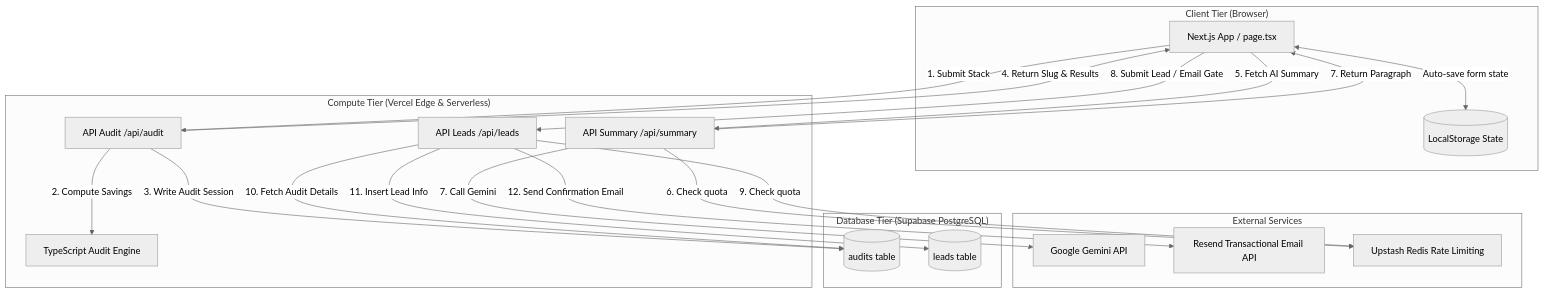
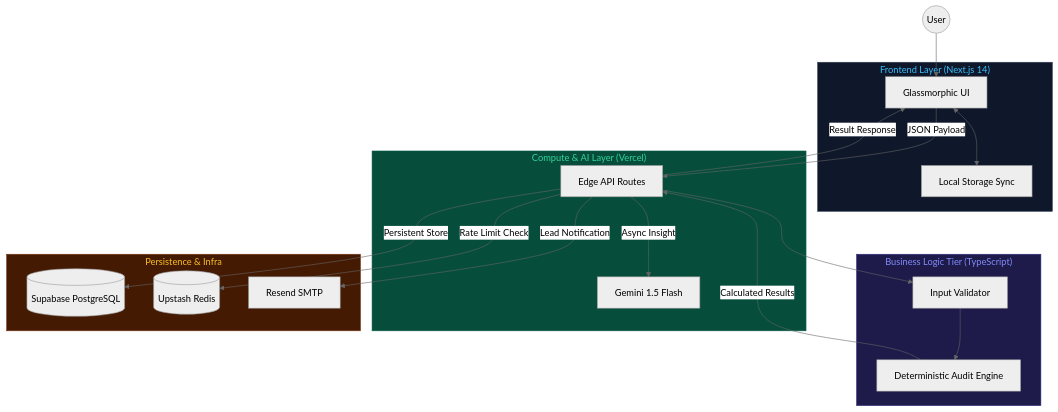
Before and after one commit to Mohi1038/spend-scope: the first of 4 diagrams in ARCHITECTURE.md, drawn with Mermaid (neutral theme). The commit also changed other lines of this file and 1 other file, not shown here.

Commit message:
docs: define technical architecture and prompt engineering specifications

````diff
--- a/ARCHITECTURE.md
+++ b/ARCHITECTURE.md
@@ -9,47 +9,45 @@
 ```mermaid
-graph TD
-    %% Client Tier
-    subgraph Client ["Client Tier (Browser)"]
-        UI[Next.js App / page.tsx]
-        LS[(LocalStorage State)]
+graph TB
+    %% Nodes
+    User((User))
+    
+    subgraph Client ["Frontend Layer (Next.js 14)"]
+        UI[Glassmorphic UI]
+        State[Local Storage Sync]
     end
 
-    %% Edge / Compute Tier
-    subgraph AppRouter ["Compute Tier (Vercel Edge & Serverless)"]
-        API_A[API Audit /api/audit]
-        API_L[API Leads /api/leads]
-        API_S[API Summary /api/summary]
-        Engine[TypeScript Audit Engine]
+    subgraph Logic ["Business Logic Tier (TypeScript)"]
+        Engine[Deterministic Audit Engine]
+        Validator[Input Validator]
     end
 
-    %% Third Party Integrations
-    subgraph External ["External Services"]
-        Gemini[Google Gemini API]
-        Resend[Resend Transactional Email API]
-        Upstash[Upstash Redis Rate Limiting]
+    subgraph Service ["Compute & AI Layer (Vercel)"]
+        API[Edge API Routes]
+        AI[Gemini 1.5 Flash]
     end
 
-    %% Database Tier
-    subgraph DB ["Database Tier (Supabase PostgreSQL)"]
-        Table_A[(audits table)]
-        Table_L[(leads table)]
+    subgraph Persist ["Persistence & Infra"]
+        DB[(Supabase PostgreSQL)]
+        Redis[(Upstash Redis)]
+        Mail[Resend SMTP]
     end
 
-    %% Data Connections
-    UI <-->|Auto-save form state| LS
-    UI -->|1. Submit Stack| API_A
-    API_A -->|2. Compute Savings| Engine
-    API_A -->|3. Write Audit Session| Table_A
-    API_A -->|4. Return Slug & Results| UI
+    %% Flow
+    User --> UI
+    UI <--> State
+    UI -->|JSON Payload| API
+    API --> Validator
+    Validator --> Engine
+    Engine -->|Calculated Results| API
+    API -->|Async Insight| AI
+    API -->|Rate Limit Check| Redis
+    API -->|Persistent Store| DB
+    API -->|Lead Notification| Mail
+    API -->|Result Response| UI
 
-    UI -->|5. Fetch AI Summary| API_S
-    API_S -->|6. Check quota| Upstash
-    API_S -->|7. Call Gemini| Gemini
-    API_S -->|7. Return Paragraph| UI
-
-    UI -->|8. Submit Lead / Email Gate| API_L
-    API_L -->|9. Check quota| Upstash
-    API_L -->|10. Fetch Audit Details| Table_A
-    API_L -->|11. Insert Lead Info| Table_L
-    API_L -->|12. Send Confirmation Email| Resend
+    %% Styling
+    style Client fill:#0f172a,stroke:#334155,color:#38bdf8
+    style Logic fill:#1e1b4b,stroke:#312e81,color:#818cf8
+    style Service fill:#064e3b,stroke:#065f46,color:#34d399
+    style Persist fill:#451a03,stroke:#78350f,color:#fbbf24
 ```
````
